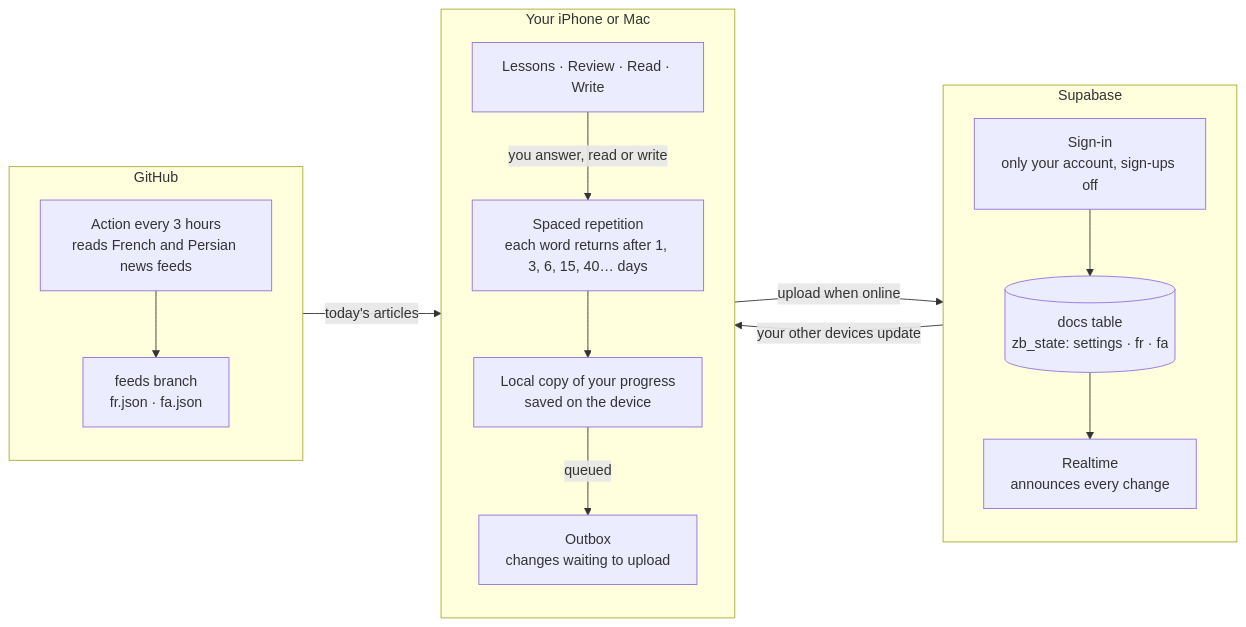
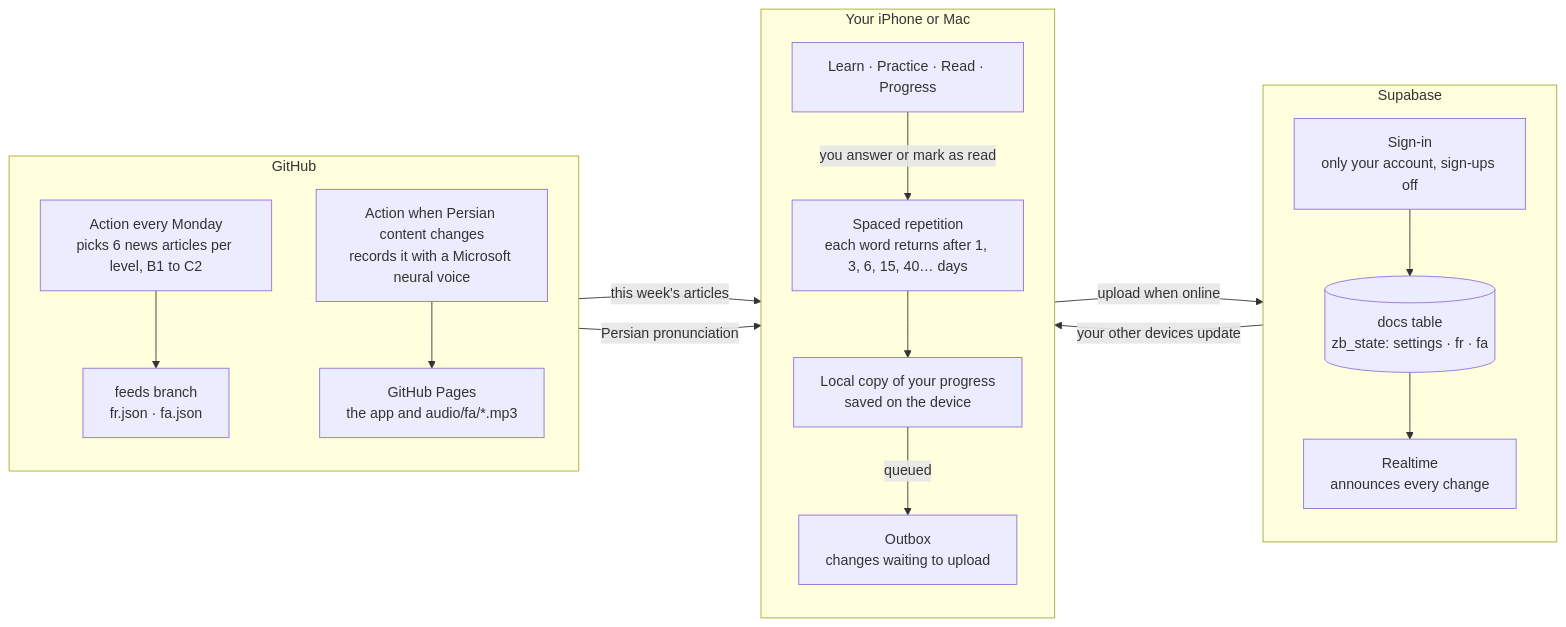
Before and after one commit to hamza-1224/my-language: the diagram in docs/diagrams/arch.mmd, drawn with Mermaid. The commit also changed 42 other files, not shown here.

```diff
--- a/docs/diagrams/arch.mmd
+++ b/docs/diagrams/arch.mmd
@@ -1,27 +1,31 @@
 flowchart LR
   subgraph DEV["Your iPhone or Mac"]
     direction TB
-    UI["Lessons · Review · Read · Write"]
+    UI["Learn · Practice · Read · Progress"]
     SRS["Spaced repetition<br/>each word returns after 1, 3, 6, 15, 40… days"]
     CACHE["Local copy of your progress<br/>saved on the device"]
     OUT["Outbox<br/>changes waiting to upload"]
-    UI -->|"you answer, read or write"| SRS
+    UI -->|"you answer or mark as read"| SRS
     SRS --> CACHE
     CACHE -->|"queued"| OUT
   end
   subgraph SB["Supabase"]
     direction TB
     AUTH["Sign-in<br/>only your account, sign-ups off"]
     DB[("docs table<br/>zb_state: settings · fr · fa")]
     RT["Realtime<br/>announces every change"]
     AUTH --> DB --> RT
   end
   subgraph GH["GitHub"]
     direction TB
-    ACT["Action every 3 hours<br/>reads French and Persian news feeds"]
+    ACT["Action every Monday<br/>picks 6 news articles per level, B1 to C2"]
     FEEDS["feeds branch<br/>fr.json · fa.json"]
+    VOICE["Action when Persian content changes<br/>records it with a Microsoft neural voice"]
+    PAGES["GitHub Pages<br/>the app and audio/fa/*.mp3"]
     ACT --> FEEDS
+    VOICE --> PAGES
   end
   OUT -->|"upload when online"| AUTH
   RT -->|"your other devices update"| CACHE
-  FEEDS -->|"today's articles"| UI
+  FEEDS -->|"this week's articles"| UI
+  PAGES -->|"Persian pronunciation"| UI
```
